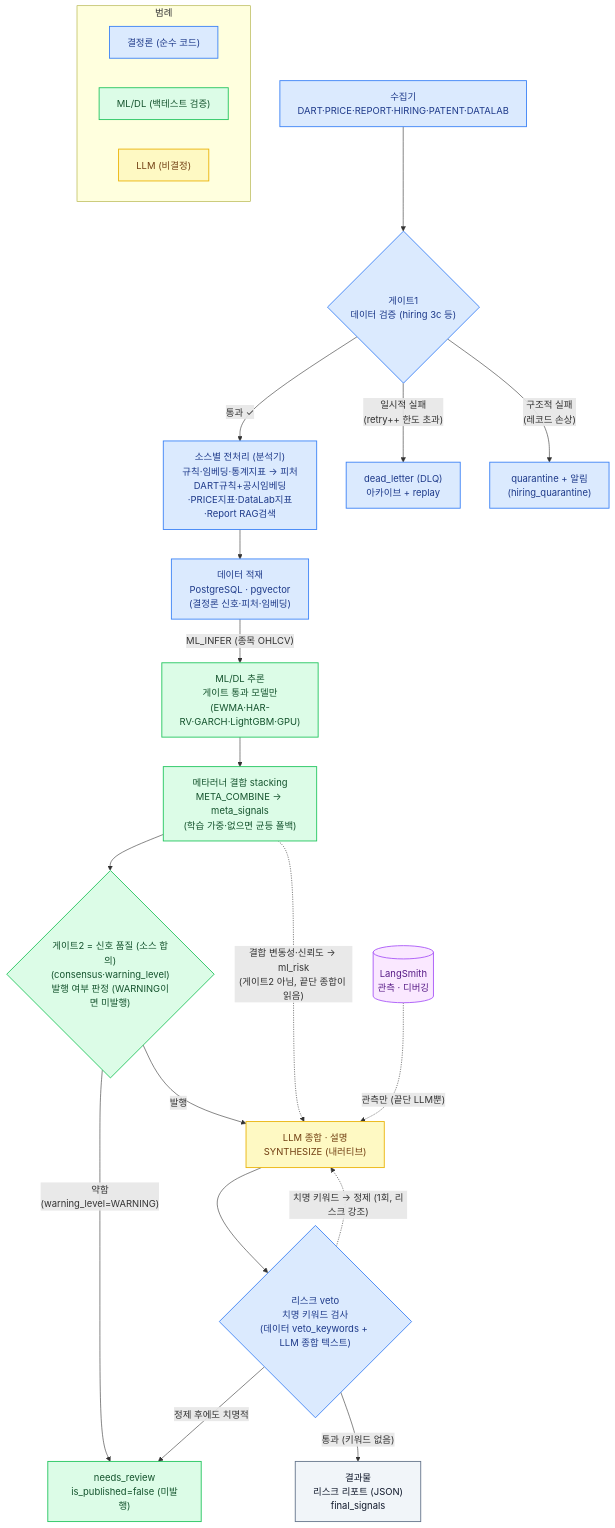
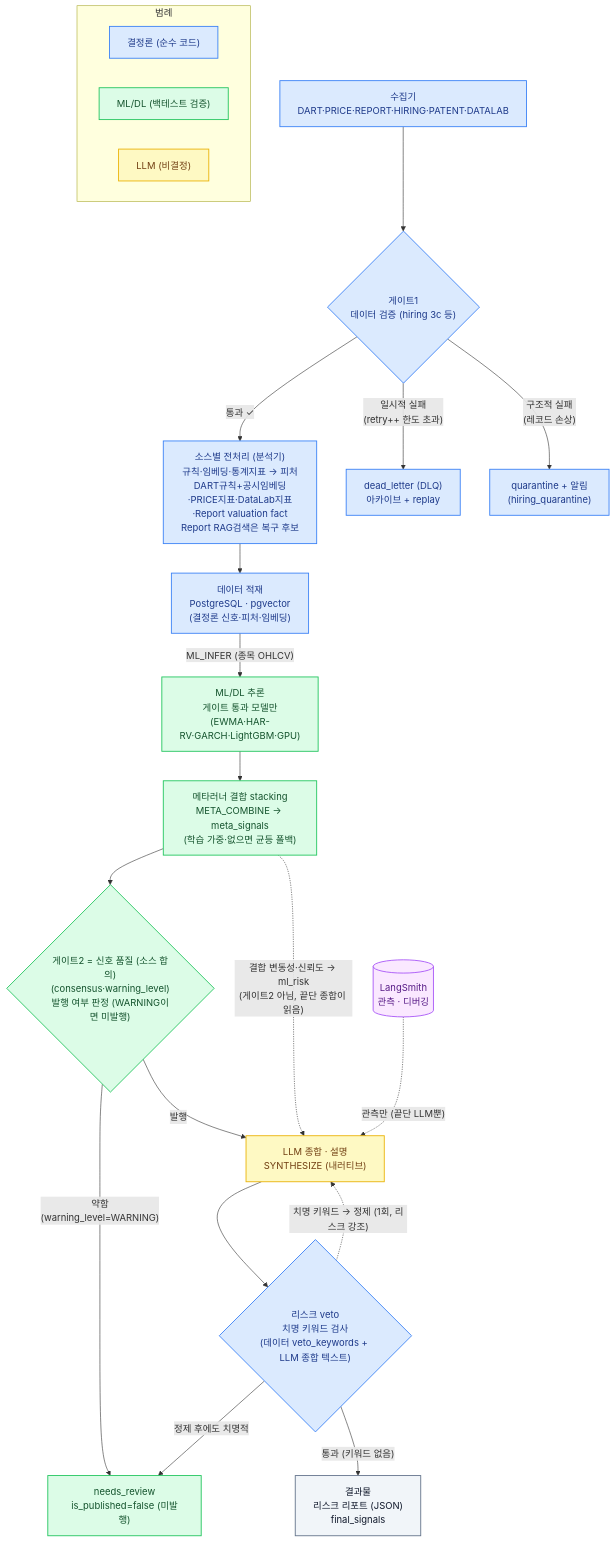
Before and after one commit to AIX14-3/signal-alpha: the diagram in docs/design/architecture.mermaid, drawn with Mermaid. The commit also changed 14 other files, not shown here.

```diff
--- a/docs/design/architecture.mermaid
+++ b/docs/design/architecture.mermaid
@@ -1,36 +1,36 @@
 flowchart TD
     A["수집기<br/>DART·PRICE·REPORT·HIRING·PATENT·DATALAB"]:::det --> G1{"게이트1<br/>데이터 검증 (hiring 3c 등)"}:::det
 
-    G1 -->|"통과 ✓"| B["소스별 전처리 (분석기)<br/>규칙·임베딩·통계지표 → 피처<br/>DART규칙+공시임베딩·PRICE지표·DataLab지표·Report RAG검색"]:::det
+    G1 -->|"통과 ✓"| B["소스별 전처리 (분석기)<br/>규칙·임베딩·통계지표 → 피처<br/>DART규칙+공시임베딩·PRICE지표·DataLab지표·Report valuation fact<br/>Report RAG검색은 복구 후보"]:::det
     G1 -->|"일시적 실패<br/>(retry++ 한도 초과)"| DLQ["dead_letter (DLQ)<br/>아카이브 + replay"]:::det
     G1 -->|"구조적 실패<br/>(레코드 손상)"| Q["quarantine + 알림<br/>(hiring_quarantine)"]:::det
 
     B --> C["데이터 적재<br/>PostgreSQL · pgvector<br/>(결정론 신호·피처·임베딩)"]:::det
 
     C -->|"ML_INFER (종목 OHLCV)"| D["ML/DL 추론<br/>게이트 통과 모델만<br/>(EWMA·HAR-RV·GARCH·LightGBM·GPU)"]:::ml
     D --> E["메타러너 결합 stacking<br/>META_COMBINE → meta_signals<br/>(학습 가중·없으면 균등 폴백)"]:::ml
     E --> G2{"게이트2 = 신호 품질 (소스 합의)<br/>(consensus·warning_level)<br/>발행 여부 판정 (WARNING이면 미발행)"}:::ml
 
     G2 -->|"약함<br/>(warning_level=WARNING)"| NR["needs_review<br/>is_published=false (미발행)"]:::ml
     G2 -->|"발행"| L["LLM 종합 · 설명<br/>SYNTHESIZE (내러티브)"]:::llm
     E -. "결합 변동성·신뢰도 → ml_risk<br/>(게이트2 아님, 끝단 종합이 읽음)" .-> L
 
     L --> V{"리스크 veto<br/>치명 키워드 검사<br/>(데이터 veto_keywords + LLM 종합 텍스트)"}:::det
     V -->|"통과 (키워드 없음)"| O["결과물<br/>리스크 리포트 (JSON)<br/>final_signals"]:::out
     V -. "치명 키워드 → 정제 (1회, 리스크 강조)" .-> L
     V -->|"정제 후에도 치명적"| NR
 
     LS[("LangSmith<br/>관측 · 디버깅")]:::obs -. "관측만 (끝단 LLM뿐)" .-> L
 
     subgraph 범례 [" 범례 "]
         direction LR
         K1["결정론 (순수 코드)"]:::det
         K2["ML/DL (백테스트 검증)"]:::ml
         K3["LLM (비결정)"]:::llm
     end
 
     classDef det fill:#dbeafe,stroke:#3b82f6,stroke-width:1.5px,color:#1e3a8a
     classDef ml  fill:#dcfce7,stroke:#22c55e,stroke-width:1.5px,color:#14532d
     classDef llm fill:#fef9c3,stroke:#eab308,stroke-width:1.5px,color:#713f12
     classDef out fill:#f1f5f9,stroke:#64748b,stroke-width:1.5px,color:#0f172a
     classDef obs fill:#fae8ff,stroke:#a855f7,stroke-width:1.5px,color:#581c87
```
